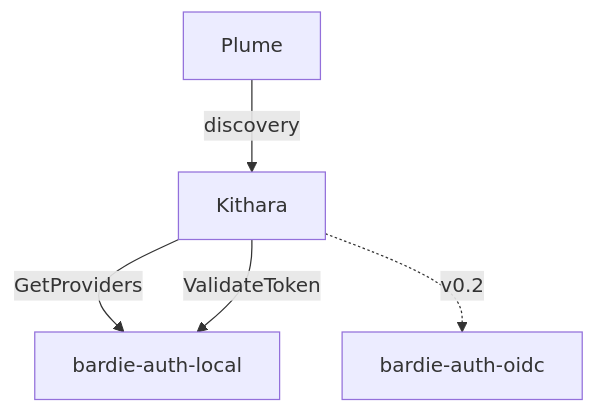
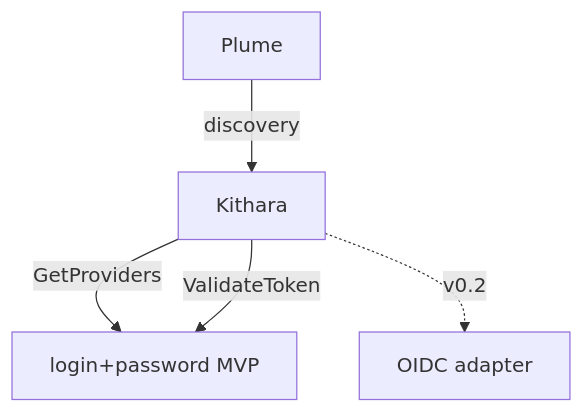
One commit to Bardie-radio/bardie-kithara changed the diagram in docs/architecture/domains/auth-adapters.md. Above: the diagram before and after it, drawn with Mermaid. The commit also changed other lines of this file and 31 other files, not shown here.

````diff
--- a/docs/architecture/domains/auth-adapters.md
+++ b/docs/architecture/domains/auth-adapters.md
@@ -3,7 +3,7 @@
 ```mermaid
 flowchart TB
   Plume -->|discovery| Kithara
-  Kithara -->|GetProviders| Local[bardie-auth-local]
+  Kithara -->|GetProviders| Local[login+password MVP]
   Kithara -->|ValidateToken| Local
-  Kithara -.->|v0.2| OIDC[bardie-auth-oidc]
+  Kithara -.->|v0.2| OIDC[OIDC adapter]
 ```
````
